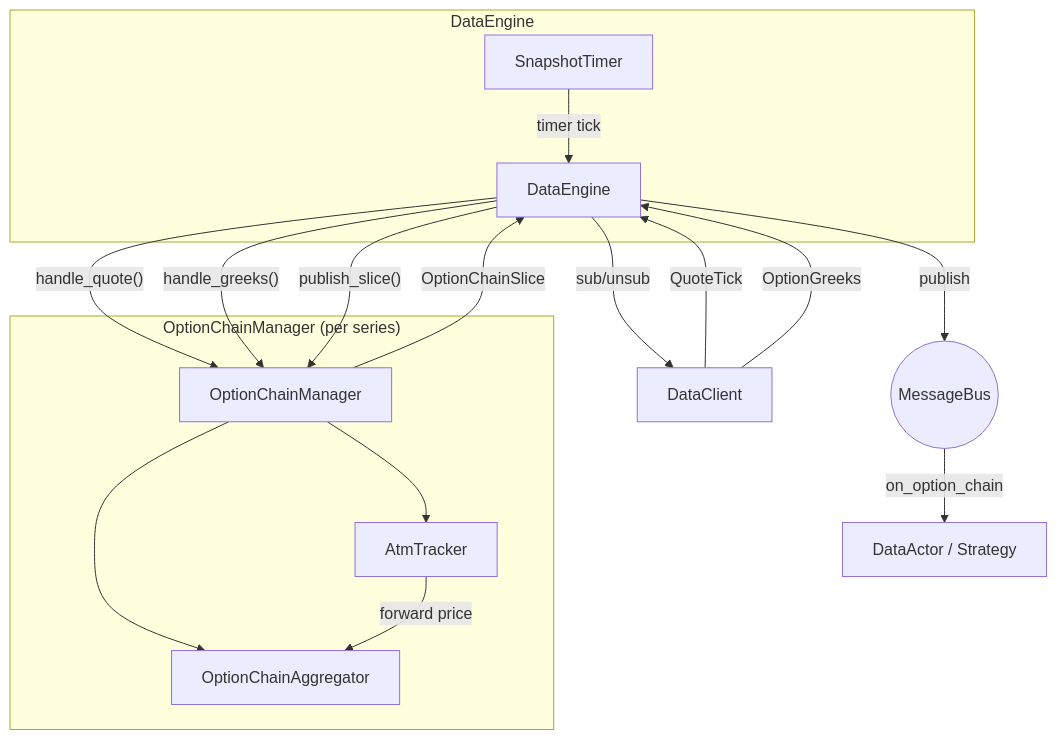
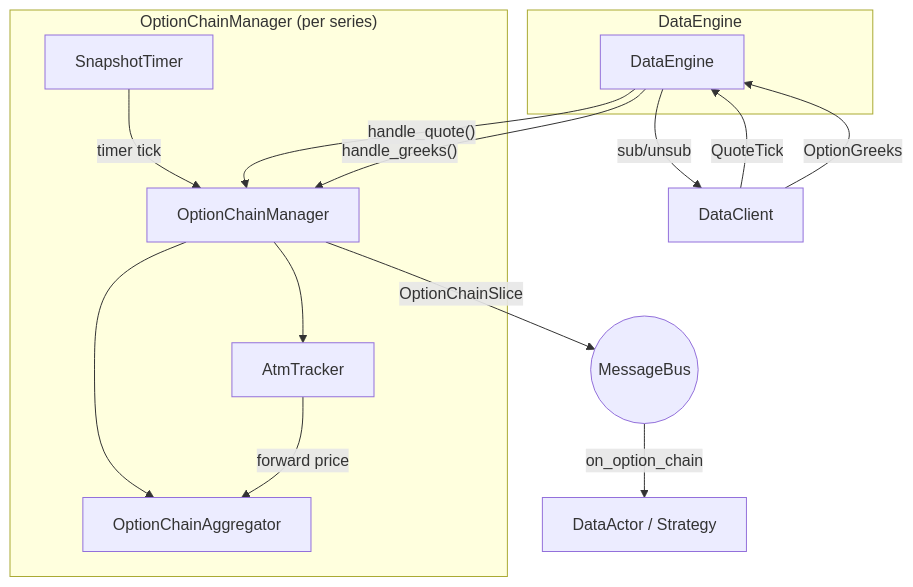
Before and after one commit to nautechsystems/nautilus_trader: the diagram in docs/concepts/options.md, drawn with Mermaid. The commit also changed other lines of this file, not shown here.

````diff
--- a/docs/concepts/options.md
+++ b/docs/concepts/options.md
@@ -244,27 +243,25 @@
 ```mermaid
 flowchart TD
     subgraph DataEngine
         DE[DataEngine]
-        TMR[SnapshotTimer]
     end
 
     subgraph "OptionChainManager (per series)"
         MGR[OptionChainManager]
         AGG[OptionChainAggregator]
         ATM[AtmTracker]
+        TMR[SnapshotTimer]
     end
 
     DC[DataClient] -- QuoteTick --> DE
     DC -- OptionGreeks --> DE
     DE -- "handle_quote()" --> MGR
     DE -- "handle_greeks()" --> MGR
     MGR --> AGG
     MGR --> ATM
     ATM -- "forward price" --> AGG
-    TMR -- "timer tick" --> DE
-    DE -- "publish_slice()" --> MGR
-    MGR -- "OptionChainSlice" --> DE
-    DE -- publish --> MB((MessageBus))
+    TMR -- "timer tick" --> MGR
+    MGR -- "OptionChainSlice" --> MB((MessageBus))
     MB -- "on_option_chain" --> S[DataActor / Strategy]
     DE -- "sub/unsub" --> DC
 ```
````
